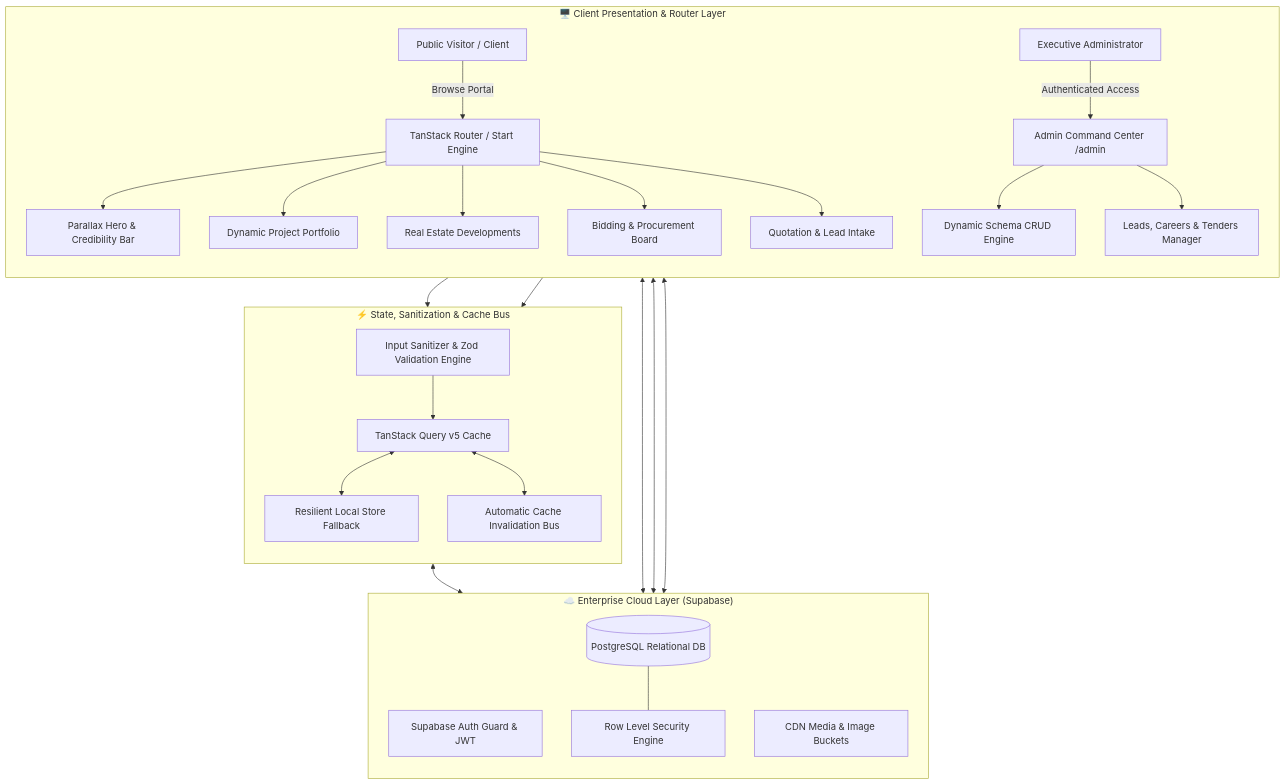
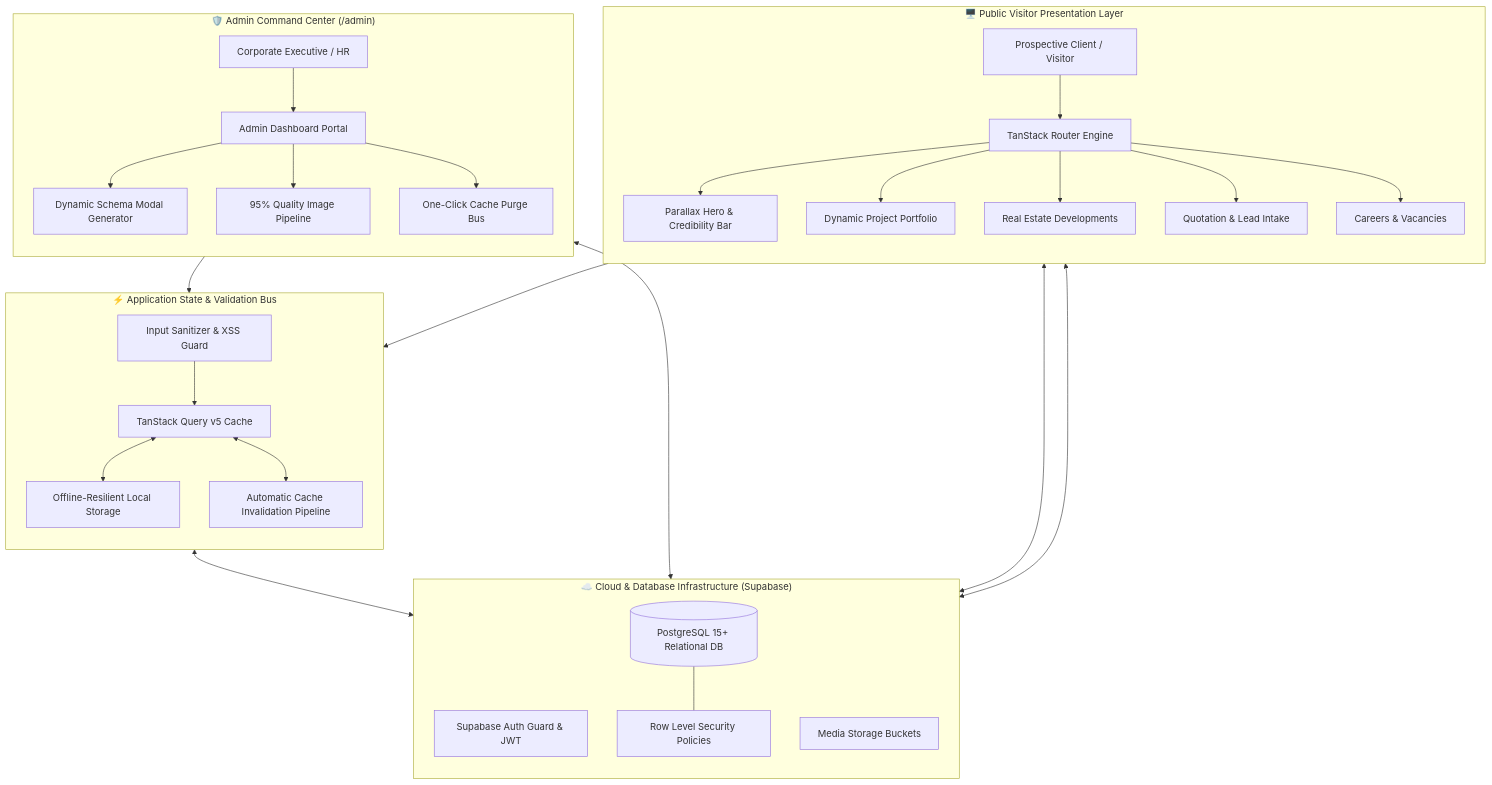
Before and after one commit to faiqabbasi202/amarc: the diagram in README.md, drawn with Mermaid. The commit also changed other lines of this file and 2 other files, not shown here.

Commit message:
docs: emphasize dynamic CMS architecture, admin configurability, and turnkey sample purpose

````diff
--- a/README.md
+++ b/README.md
@@ -394,43 +325,46 @@
 ```mermaid
 flowchart TB
-    subgraph Client["🖥️ Client Presentation & Router Layer"]
+    subgraph VisitorLayer["🖥️ Public Visitor Presentation Layer"]
         direction TB
-        V[Public Visitor / Client] -->|Browse Portal| TR[TanStack Router / Start Engine]
-        AD[Executive Administrator] -->|Authenticated Access| AP[Admin Command Center /admin]
-        
+        V[Prospective Client / Visitor] --> TR[TanStack Router Engine]
         TR --> H[Parallax Hero & Credibility Bar]
         TR --> P[Dynamic Project Portfolio]
         TR --> RE[Real Estate Developments]
-        TR --> TD[Bidding & Procurement Board]
         TR --> IN[Quotation & Lead Intake]
-        
-        AP --> CRUD[Dynamic Schema CRUD Engine]
-        AP --> OPS[Leads, Careers & Tenders Manager]
+        TR --> CR[Careers & Vacancies]
     end
 
-    subgraph State["⚡ State, Sanitization & Cache Bus"]
+    subgraph AdminLayer["🛡️ Admin Command Center (/admin)"]
+        direction TB
+        AD[Corporate Executive / HR] --> AP[Admin Dashboard Portal]
+        AP --> CRUD[Dynamic Schema Modal Generator]
+        AP --> MEDIA[95% Quality Image Pipeline]
+        AP --> PURGE[One-Click Cache Purge Bus]
+    end
+
+    subgraph StateCache["⚡ Application State & Validation Bus"]
         direction TB
         TQ[TanStack Query v5 Cache]
-        SAN[Input Sanitizer & Zod Validation Engine]
-        LOC[Resilient Local Store Fallback]
-        INV[Automatic Cache Invalidation Bus]
+        SAN[Input Sanitizer & XSS Guard]
+        LOC[Offline-Resilient Local Storage]
+        INV[Automatic Cache Invalidation Pipeline]
         
         AP --> SAN --> TQ
         TR --> TQ
         TQ <--> LOC
         TQ <--> INV
     end
 
-    subgraph Cloud["☁️ Enterprise Cloud Layer (Supabase)"]
+    subgraph CloudLayer["☁️ Cloud & Database Infrastructure (Supabase)"]
         direction TB
         AUTH[Supabase Auth Guard & JWT]
-        PG[(PostgreSQL Relational DB)]
-        RLS[Row Level Security Engine]
-        STORAGE[CDN Media & Image Buckets]
+        PG[(PostgreSQL 15+ Relational DB)]
+        RLS[Row Level Security Policies]
+        CDN[Media Storage Buckets]
         
         TQ <--> PG
         PG --- RLS
         AP <--> AUTH
-        H & P <--> STORAGE
+        H & P <--> CDN
     end
 ```
````
